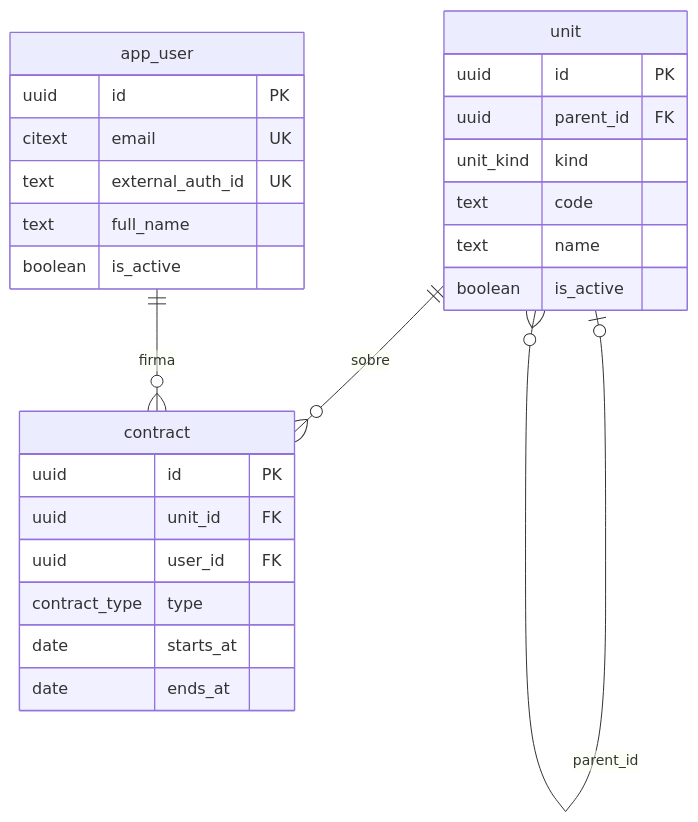
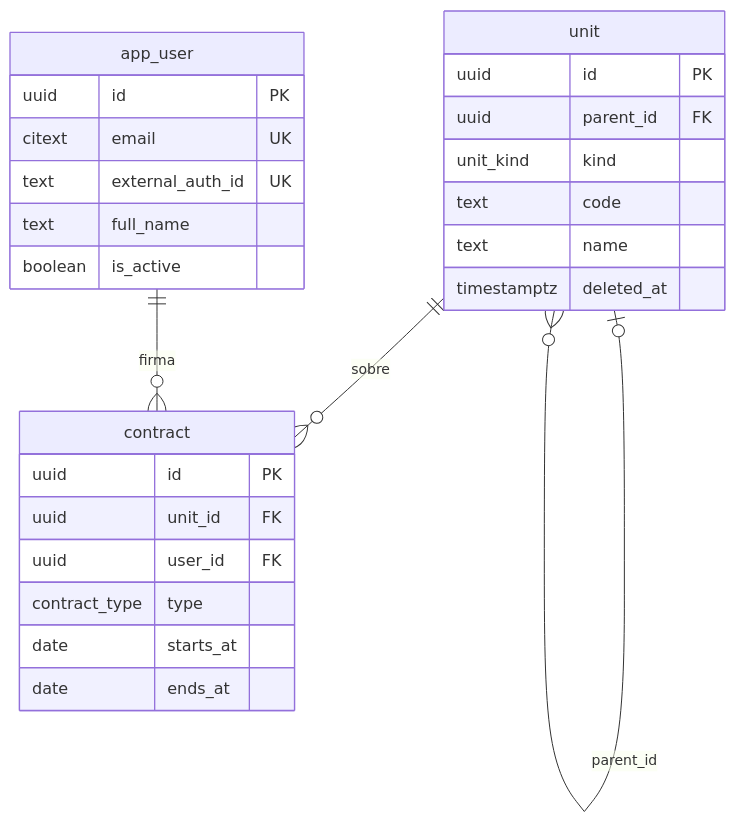
Before and after one commit to MarkoDotCom/logistica-comunidad: the diagram in database/README.md, drawn with Mermaid. The commit also changed other lines of this file and 24 other files, not shown here.

````diff
--- a/database/README.md
+++ b/database/README.md
@@ -49,29 +49,29 @@
 ```mermaid
 erDiagram
   unit o|--o{ unit : "parent_id"
   unit     ||--o{ contract : "sobre"
   app_user ||--o{ contract : "firma"
   unit {
     uuid id PK
     uuid parent_id FK
     unit_kind kind
     text code
     text name
-    boolean is_active
+    timestamptz deleted_at
   }
   app_user {
     uuid id PK
     citext email UK
     text external_auth_id UK
     text full_name
     boolean is_active
   }
   contract {
     uuid id PK
     uuid unit_id FK
     uuid user_id FK
     contract_type type
     date starts_at
     date ends_at
   }
 ```
````
